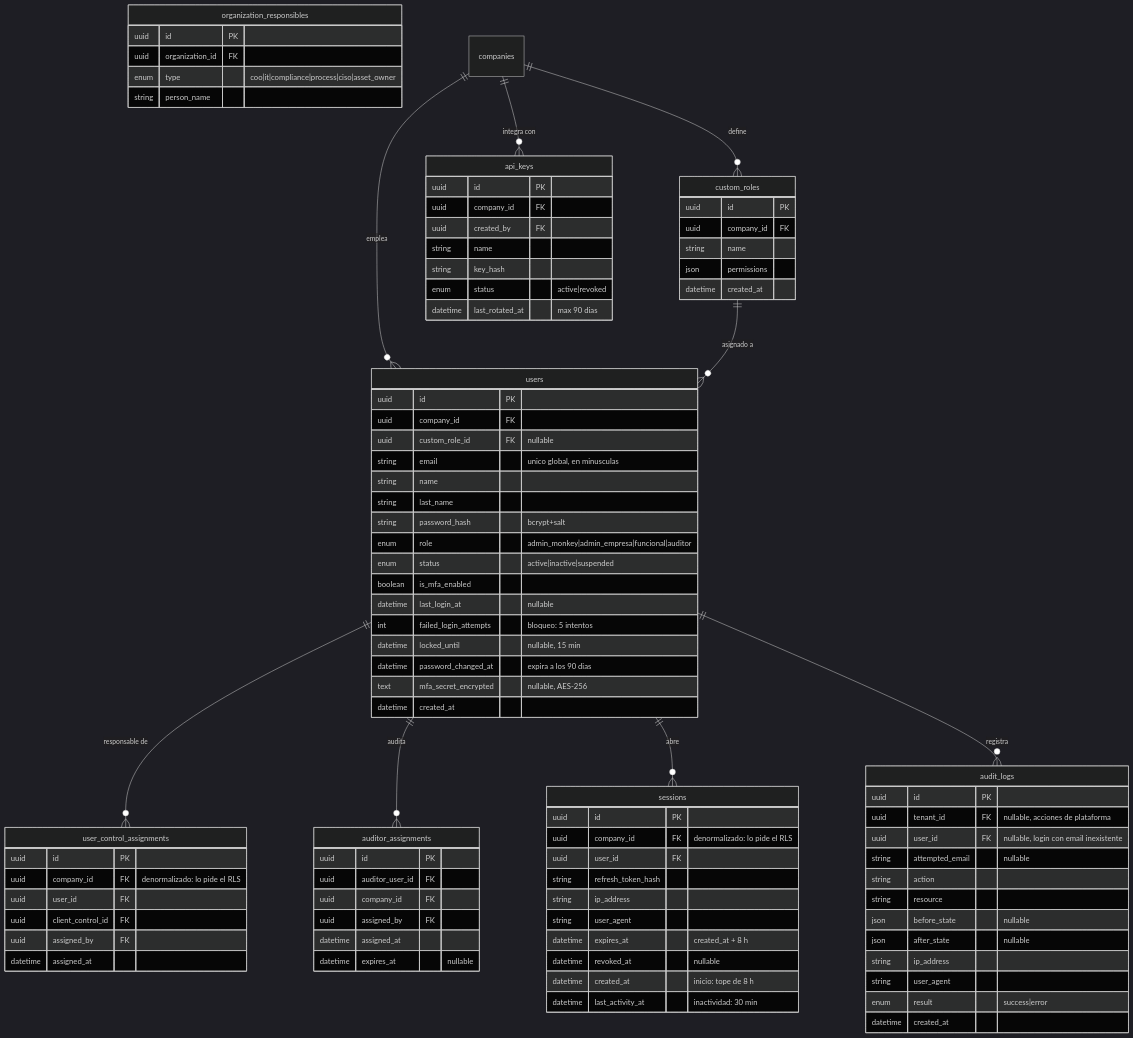
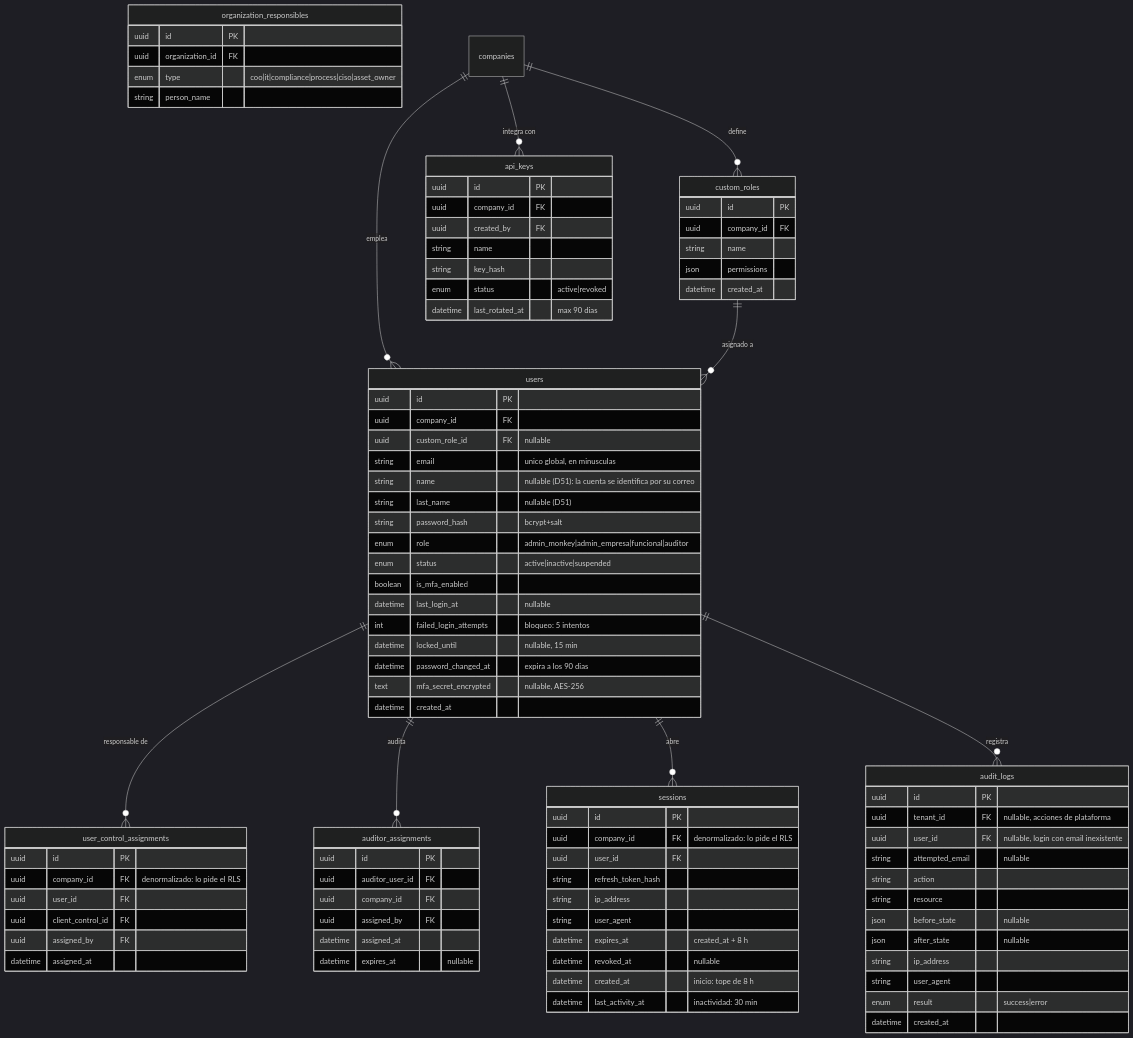
Before and after one commit to Monkey-GRC/Monkey-Brain-IA: the seventh of 16 diagrams in skills/product/monkey-compliance-council/references/modelo-datos.md, drawn with Mermaid (dark theme). The commit also changed other lines of this file and 10 other files, not shown here.

```diff
--- a/skills/product/monkey-compliance-council/references/modelo-datos.md
+++ b/skills/product/monkey-compliance-council/references/modelo-datos.md
@@ -858,8 +859,8 @@
         uuid company_id FK
         uuid custom_role_id FK "nullable"
         string email "unico global, en minusculas"
-        string name
-        string last_name
+        string name "nullable (D51): la cuenta se identifica por su correo"
+        string last_name "nullable (D51)"
         string password_hash "bcrypt+salt"
         enum role "admin_monkey|admin_empresa|funcional|auditor"
         enum status "active|inactive|suspended"
```
